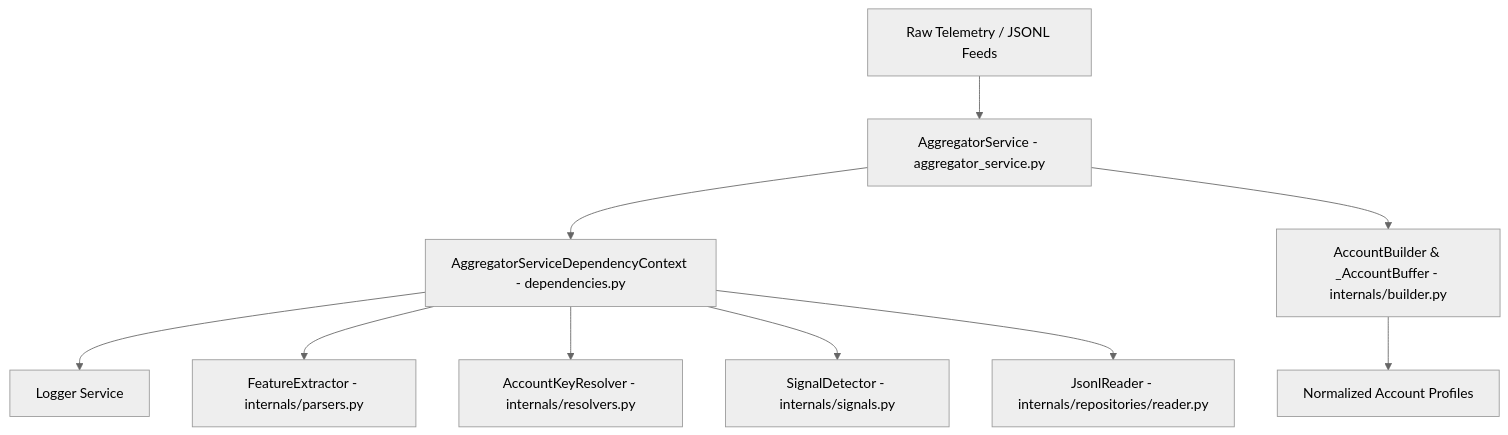
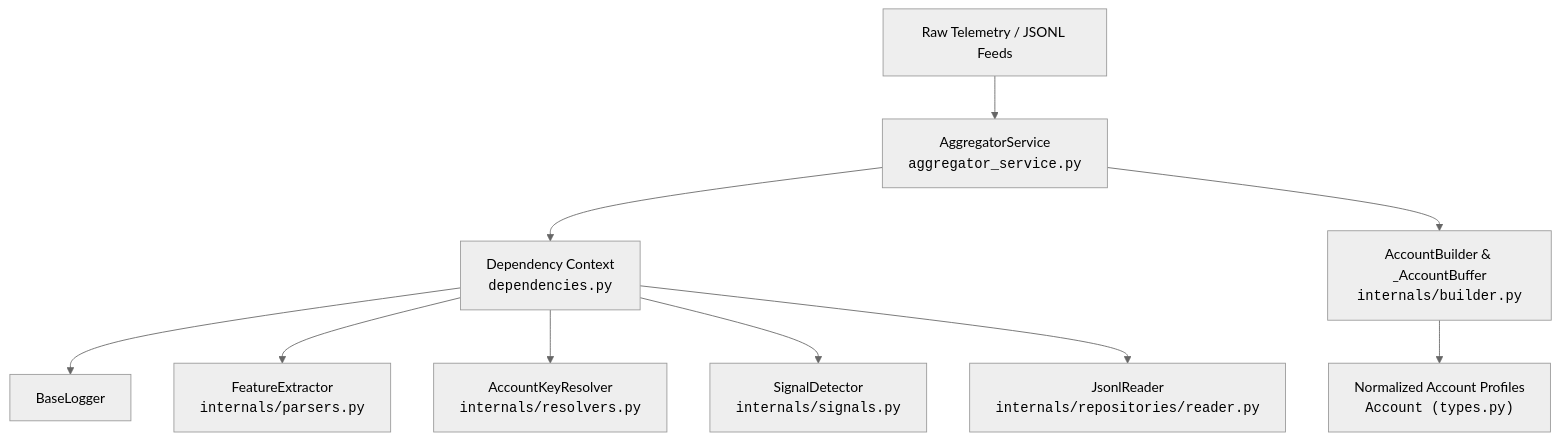
Before and after one commit to dev-anuj007/cyber_intel: the first of 4 diagrams in backend/src/services/aggregator/README.md, drawn with Mermaid (neutral theme). The commit also changed other lines of this file and 1 other file, not shown here.

Commit message:
chore: clean up for aggregator service

````diff
--- a/backend/src/services/aggregator/README.md
+++ b/backend/src/services/aggregator/README.md
@@ -11,12 +11,12 @@
 ```mermaid
 flowchart TD
-    Ingest["Raw Telemetry / JSONL Feeds"] --> Svc["AggregatorService - aggregator_service.py"]
-    Svc --> Ctx["AggregatorServiceDependencyContext - dependencies.py"]
-    Ctx --> Logger["Logger Service"]
-    Ctx --> Extractor["FeatureExtractor - internals/parsers.py"]
-    Ctx --> Resolver["AccountKeyResolver - internals/resolvers.py"]
-    Ctx --> Detector["SignalDetector - internals/signals.py"]
-    Ctx --> Reader["JsonlReader - internals/repositories/reader.py"]
-    Svc --> Builder["AccountBuilder & _AccountBuffer - internals/builder.py"]
-    Builder --> Output["Normalized Account Profiles"]
+    Ingest["Raw Telemetry / JSONL Feeds"] --> Svc["AggregatorService<br/><code>aggregator_service.py</code>"]
+    Svc --> Ctx["Dependency Context<br/><code>dependencies.py</code>"]
+    Ctx --> Logger["BaseLogger"]
+    Ctx --> Extractor["FeatureExtractor<br/><code>internals/parsers.py</code>"]
+    Ctx --> Resolver["AccountKeyResolver<br/><code>internals/resolvers.py</code>"]
+    Ctx --> Detector["SignalDetector<br/><code>internals/signals.py</code>"]
+    Ctx --> Reader["JsonlReader<br/><code>internals/repositories/reader.py</code>"]
+    Svc --> Builder["AccountBuilder & _AccountBuffer<br/><code>internals/builder.py</code>"]
+    Builder --> Output["Normalized Account Profiles<br/><code>Account (types.py)</code>"]
 ```
````
